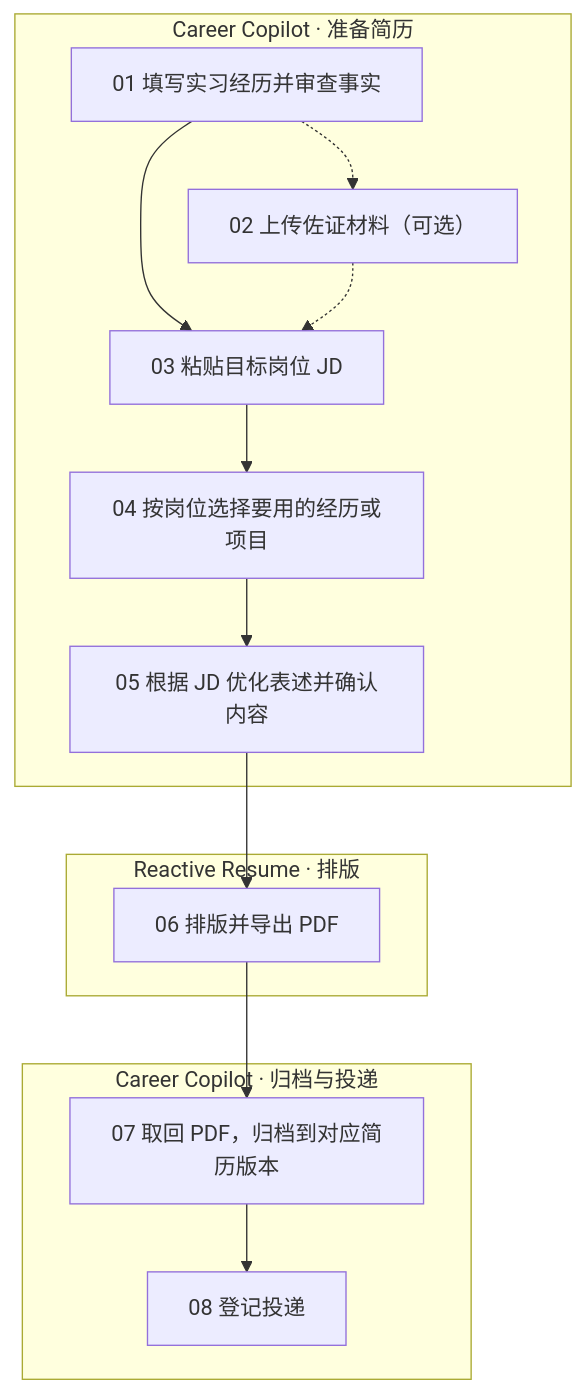
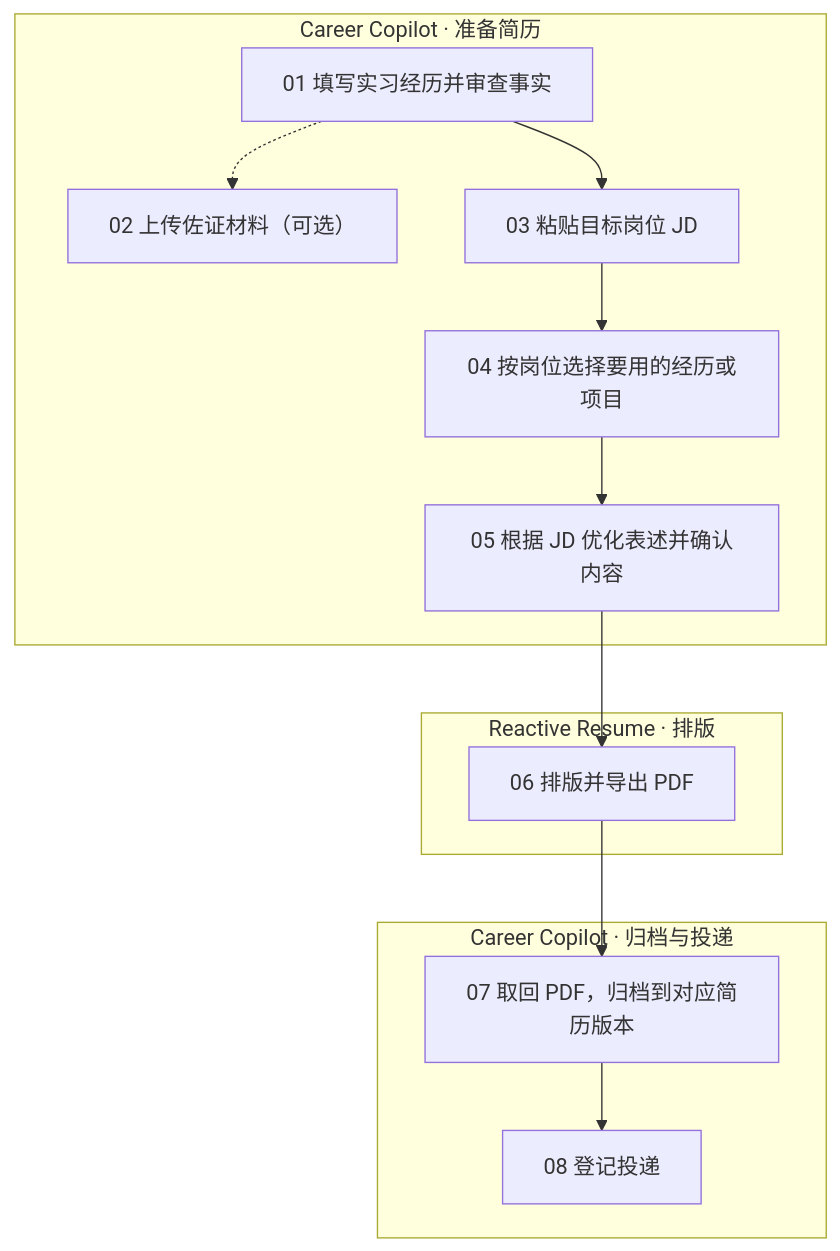
One commit to JKW-NB/career-copilot changed the diagram in README.md. Above: the diagram before and after it, drawn with Mermaid. The commit also changed other lines of this file, not shown here.

````diff
--- a/README.md
+++ b/README.md
@@ -17,21 +17,21 @@
 ```mermaid
 flowchart TB
     subgraph Prepare["Career Copilot · 准备简历"]
         A["01 填写实习经历并审查事实"]
         B["02 上传佐证材料（可选）"]
         C["03 粘贴目标岗位 JD"]
         D["04 按岗位选择要用的经历或项目"]
         E["05 根据 JD 优化表述并确认内容"]
         A --> C --> D --> E
-        A -.-> B -.-> C
+        A -.-> B
     end
     subgraph Layout["Reactive Resume · 排版"]
         F["06 排版并导出 PDF"]
     end
     subgraph Record["Career Copilot · 归档与投递"]
         G["07 取回 PDF，归档到对应简历版本"]
         H["08 登记投递"]
         G --> H
     end
     E --> F --> G
 ```
````
